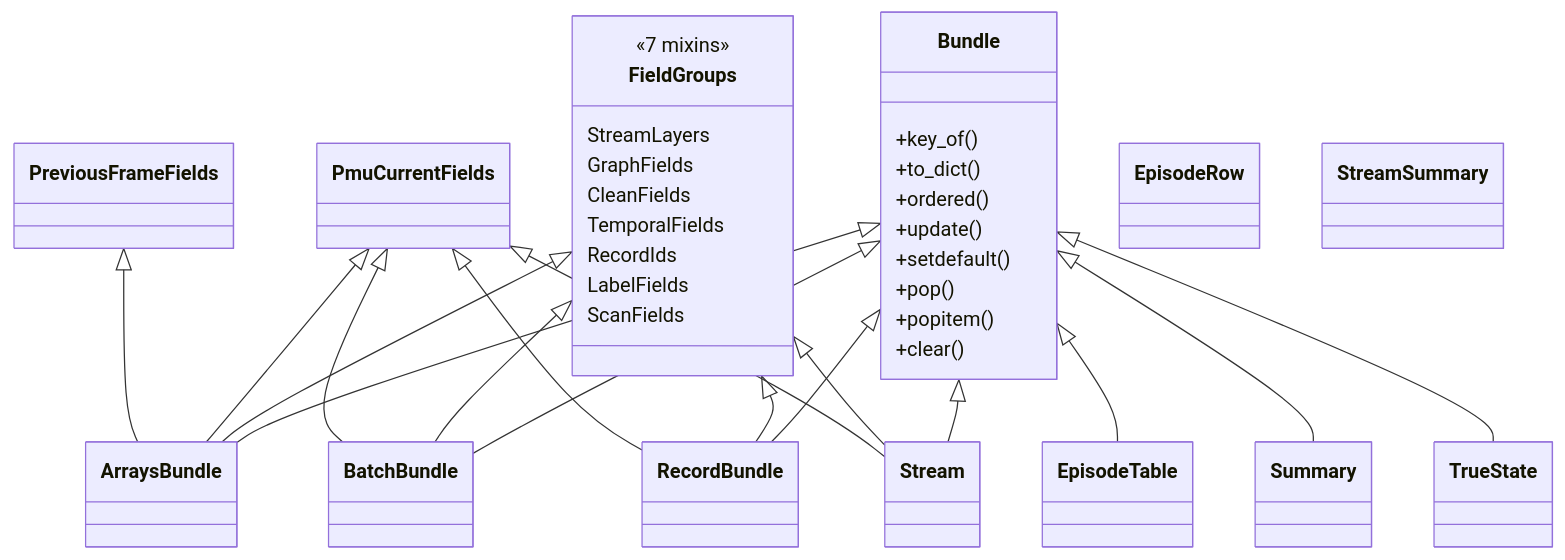
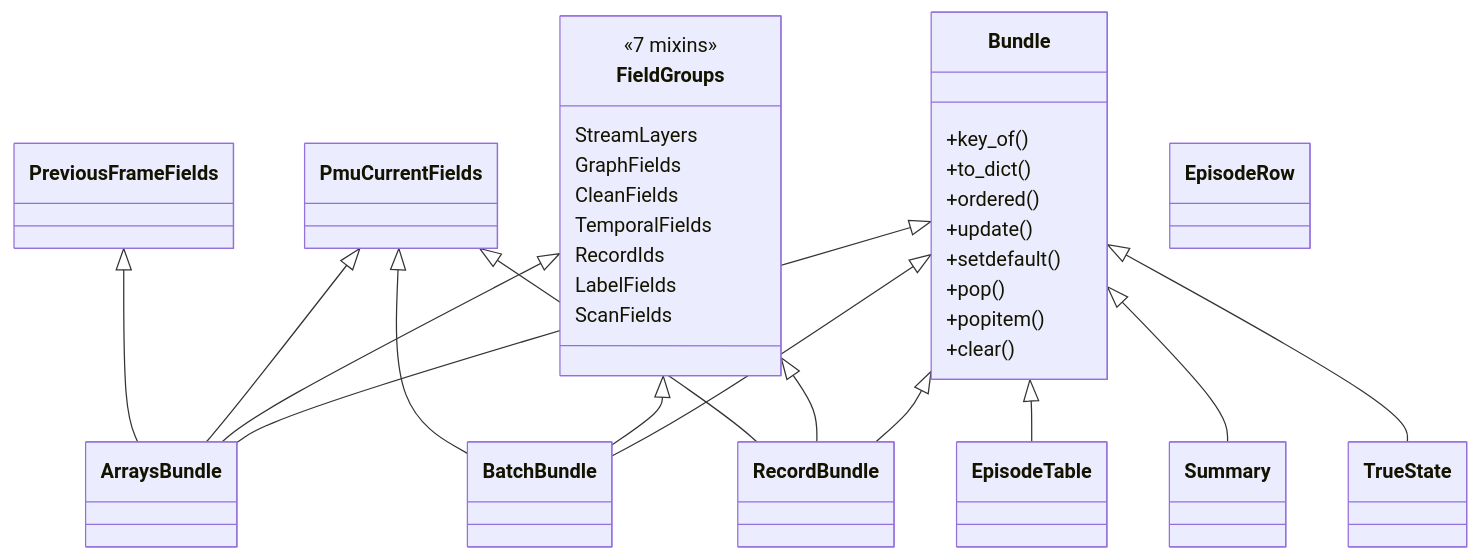
Before and after one commit to myersben9/fdia-graph: the diagram in docs/figures/diagrams/classes_models.mmd, drawn with Mermaid. The commit also changed 82 other files, not shown here.

```diff
--- a/docs/figures/diagrams/classes_models.mmd
+++ b/docs/figures/diagrams/classes_models.mmd
@@ -1,59 +1,52 @@
 classDiagram
     class FieldGroups {
         <<7 mixins>>
         StreamLayers
         GraphFields
         CleanFields
         TemporalFields
         RecordIds
         LabelFields
         ScanFields
     }
     class Bundle {
         +key_of()
         +to_dict()
         +ordered()
         +update()
         +setdefault()
         +pop()
         +popitem()
         +clear()
     }
     class PreviousFrameFields {
     }
     class PmuCurrentFields {
     }
     class RecordBundle {
     }
     class BatchBundle {
     }
     class ArraysBundle {
     }
     class EpisodeTable {
     }
     class EpisodeRow {
     }
-    class StreamSummary {
-    }
-    class Stream {
-    }
     class Summary {
     }
     class TrueState {
     }
     Bundle <|-- ArraysBundle
     Bundle <|-- BatchBundle
     Bundle <|-- EpisodeTable
     Bundle <|-- RecordBundle
-    Bundle <|-- Stream
     Bundle <|-- Summary
     Bundle <|-- TrueState
     FieldGroups <|-- ArraysBundle
     FieldGroups <|-- BatchBundle
     FieldGroups <|-- RecordBundle
-    FieldGroups <|-- Stream
     PmuCurrentFields <|-- ArraysBundle
     PmuCurrentFields <|-- BatchBundle
     PmuCurrentFields <|-- RecordBundle
-    PmuCurrentFields <|-- Stream
     PreviousFrameFields <|-- ArraysBundle
```
